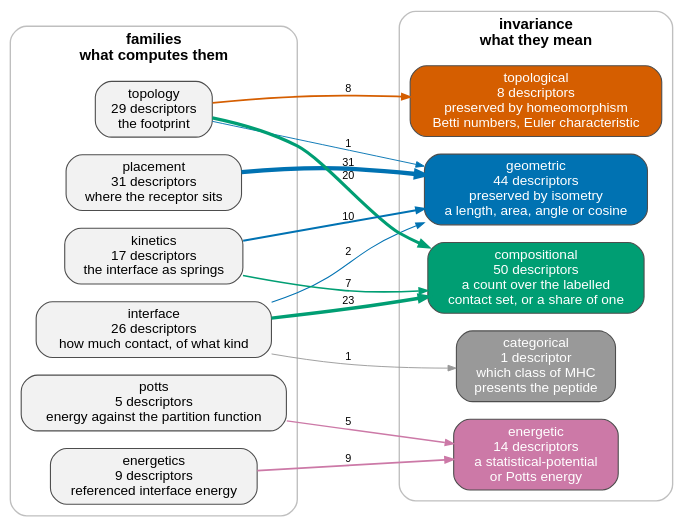
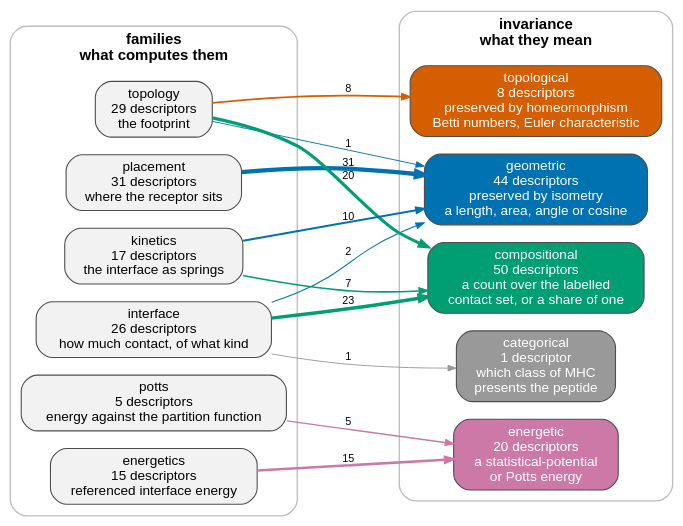
Before and after one commit to antigenomics/tcren: the diagram in docs/_static/descriptor_families.dot, drawn with Graphviz. The commit also changed 48 other files, not shown here.

```diff
--- a/docs/_static/descriptor_families.dot
+++ b/docs/_static/descriptor_families.dot
@@ -1,42 +1,42 @@
 // GENERATED by scripts/gen_family_graph.py -- do not edit.
 digraph descriptor_families {
   rankdir=LR; bgcolor="transparent"; splines=true; nodesep=0.18; ranksep=1.1;
   node [shape=box, style="rounded,filled", fontname="Helvetica", fontsize=10,
         color="#4D4D4D", penwidth=0.8];
   edge [fontname="Helvetica", fontsize=8, color="#4D4D4D", arrowsize=0.6];
 
   // what produces them: one pass of one command per family
   subgraph cluster_family {
     label="families\nwhat computes them"; fontname="Helvetica-Bold"; fontsize=11;
     color="#BFBFBF"; style=rounded;
     "placement" [fillcolor="#F2F2F2", label="placement\n31 descriptors\nwhere the receptor sits"];
     "interface" [fillcolor="#F2F2F2", label="interface\n26 descriptors\nhow much contact, of what kind"];
     "topology" [fillcolor="#F2F2F2", label="topology\n29 descriptors\nthe footprint"];
-    "energetics" [fillcolor="#F2F2F2", label="energetics\n9 descriptors\nreferenced interface energy"];
+    "energetics" [fillcolor="#F2F2F2", label="energetics\n15 descriptors\nreferenced interface energy"];
     "potts" [fillcolor="#F2F2F2", label="potts\n5 descriptors\nenergy against the partition function"];
     "kinetics" [fillcolor="#F2F2F2", label="kinetics\n17 descriptors\nthe interface as springs"];
   }
 
   // what they mean: the invariance the quantity is defined up to
   subgraph cluster_class {
     label="invariance\nwhat they mean"; fontname="Helvetica-Bold"; fontsize=11;
     color="#BFBFBF"; style=rounded;
     "geometric" [fillcolor="#0072B2", fontcolor="white", label="geometric\n44 descriptors\npreserved by isometry\na length, area, angle or cosine"];
     "topological" [fillcolor="#D55E00", fontcolor="white", label="topological\n8 descriptors\npreserved by homeomorphism\nBetti numbers, Euler characteristic"];
     "compositional" [fillcolor="#009E73", fontcolor="white", label="compositional\n50 descriptors\na count over the labelled\ncontact set, or a share of one"];
-    "energetic" [fillcolor="#CC79A7", fontcolor="white", label="energetic\n14 descriptors\na statistical-potential\nor Potts energy"];
+    "energetic" [fillcolor="#CC79A7", fontcolor="white", label="energetic\n20 descriptors\na statistical-potential\nor Potts energy"];
     "categorical" [fillcolor="#999999", fontcolor="white", label="categorical\n1 descriptor\nwhich class of MHC\npresents the peptide"];
   }
 
   "placement" -> "geometric" [label="31", penwidth=3.20, color="#0072B2"];
   "interface" -> "compositional" [label="23", penwidth=2.53, color="#009E73"];
   "interface" -> "geometric" [label="2", penwidth=0.77, color="#0072B2"];
   "interface" -> "categorical" [label="1", penwidth=0.68, color="#999999"];
   "topology" -> "compositional" [label="20", penwidth=2.28, color="#009E73"];
   "topology" -> "topological" [label="8", penwidth=1.27, color="#D55E00"];
   "topology" -> "geometric" [label="1", penwidth=0.68, color="#0072B2"];
-  "energetics" -> "energetic" [label="9", penwidth=1.35, color="#CC79A7"];
+  "energetics" -> "energetic" [label="15", penwidth=1.86, color="#CC79A7"];
   "potts" -> "energetic" [label="5", penwidth=1.02, color="#CC79A7"];
   "kinetics" -> "geometric" [label="10", penwidth=1.44, color="#0072B2"];
   "kinetics" -> "compositional" [label="7", penwidth=1.19, color="#009E73"];
 }
```
